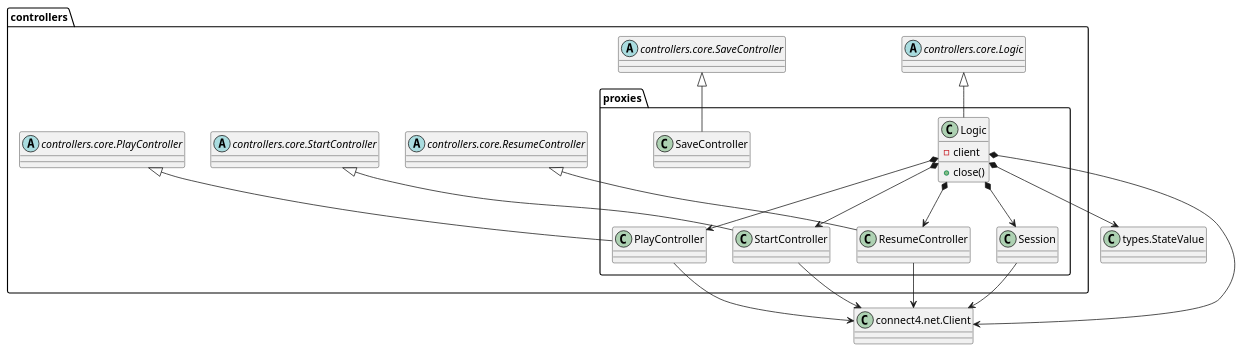
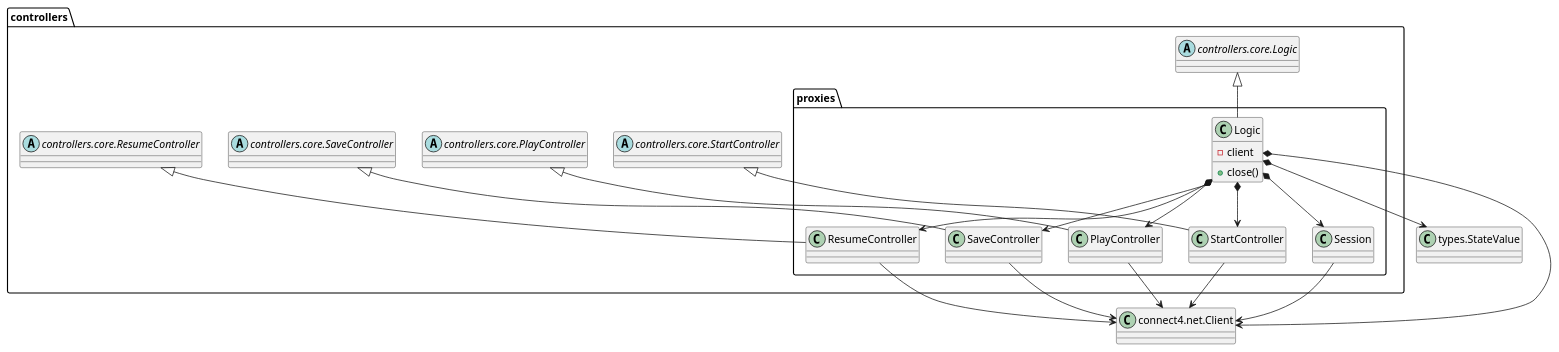
Before and after one commit to js-rom/connect4: the diagram in connect4/Docs/diagrams/src/packages/connect4.connect4.controllers.proxies.plantuml, drawn with PlantUML. The commit also changed 5 other files, not shown here.

Commit message:
feat: add new state OUT_GAME to Logic associated to SaveController #8

```diff
--- a/connect4/Docs/diagrams/src/packages/connect4.connect4.controllers.proxies.plantuml
+++ b/connect4/Docs/diagrams/src/packages/connect4.connect4.controllers.proxies.plantuml
@@ -1,53 +1,59 @@
 @startuml connect4.connect4.controllers.proxies
 
 class controllers.proxies.Logic {
     - client
     + close()
 }
 
 
 class controllers.proxies.StartController {
 
 }
 
 
 class controllers.proxies.PlayController{
+
+}
+
+class controllers.proxies.SaveController{
 
 }
 
 class controllers.proxies.ResumeController{
   
 }
 
 class controllers.proxies.Session{
   
 }
 
 class StateValue as "types.StateValue"
 
 abstract class controllers.coreLogic as "controllers.core.Logic"
 coreLogic <|-- Logic
 Logic *--> Session
 Logic *--> StartController
 Logic *--> PlayController
+Logic *--> SaveController
 Logic *--> ResumeController
 Logic *--> StateValue
 class Client as "connect4.net.Client"
 Logic *--> Client
 Session --> Client
 
 StartController --> Client
 PlayController --> Client
+SaveController --> Client
 ResumeController --> Client
 
 abstract class controllers.StartController as "controllers.core.StartController"
 abstract class controllers.PlayController as "controllers.core.PlayController"
 abstract class controllers.SaveController as "controllers.core.SaveController"
 abstract class controllers.ResumeController as "controllers.core.ResumeController"
 
 controllers.StartController <|-- controllers.proxies.StartController
 controllers.PlayController <|-- controllers.proxies.PlayController
 controllers.SaveController <|-- controllers.proxies.SaveController
 controllers.ResumeController <|-- controllers.proxies.ResumeController
 
 @enduml
```
